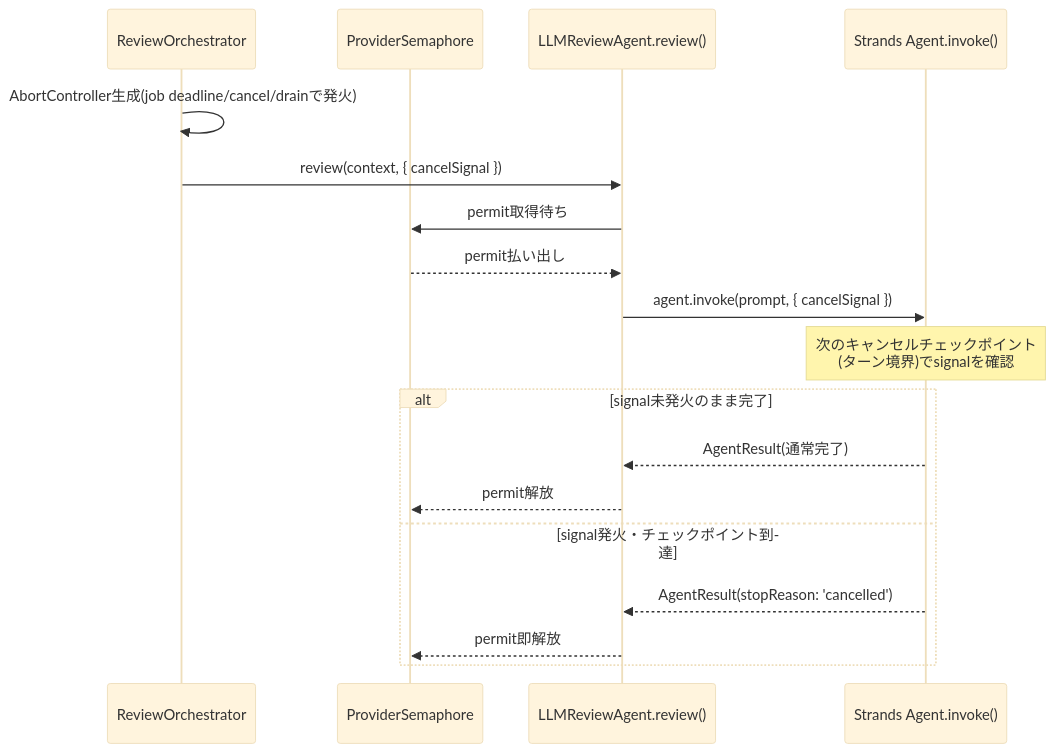
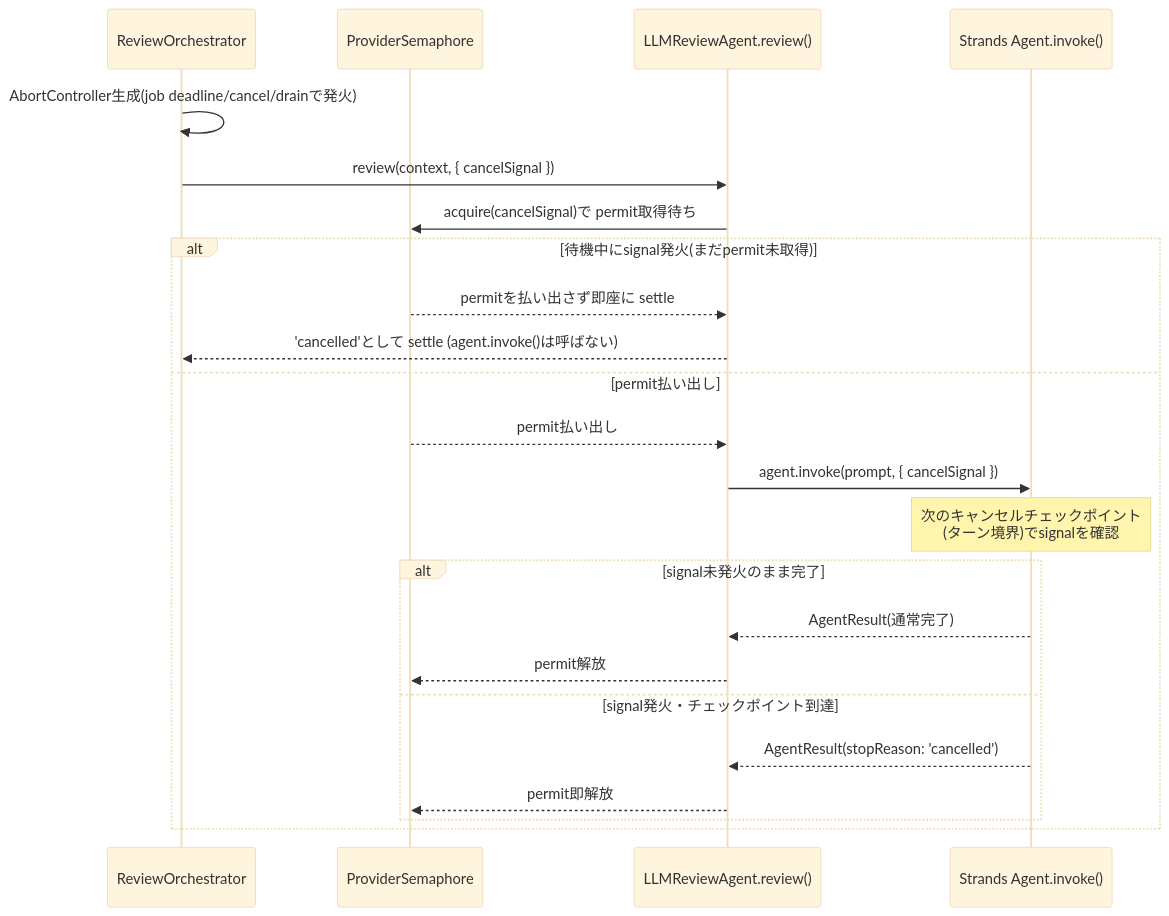
One commit to kuju63/code-review-agents changed the second of 3 diagrams in docs/adr/0010-localllm-concurrency-limit-and-cancellation.md. Above: the diagram before and after it, drawn with Mermaid (base theme). The commit also changed other lines of this file, not shown here.

````diff
--- a/docs/adr/0010-localllm-concurrency-limit-and-cancellation.md
+++ b/docs/adr/0010-localllm-concurrency-limit-and-cancellation.md
@@ -189,21 +191,26 @@
 ```mermaid
 sequenceDiagram
     participant RO as ReviewOrchestrator
     participant Sem as ProviderSemaphore
     participant Agent as LLMReviewAgent.review()
     participant SDK as Strands Agent.invoke()
 
     RO->>RO: AbortController生成(job deadline/cancel/drainで発火)
     RO->>Agent: review(context, { cancelSignal })
-    Agent->>Sem: permit取得待ち
-    Sem-->>Agent: permit払い出し
-    Agent->>SDK: agent.invoke(prompt, { cancelSignal })
-    Note over SDK: 次のキャンセルチェックポイント<br/>(ターン境界)でsignalを確認
-    alt signal未発火のまま完了
-        SDK-->>Agent: AgentResult(通常完了)
-        Agent-->>Sem: permit解放
-    else signal発火・チェックポイント到達
-        SDK-->>Agent: AgentResult(stopReason: 'cancelled')
-        Agent-->>Sem: permit即解放
+    Agent->>Sem: acquire(cancelSignal)で permit取得待ち
+    alt 待機中にsignal発火(まだpermit未取得)
+        Sem-->>Agent: permitを払い出さず即座に settle
+        Agent-->>RO: 'cancelled'として settle (agent.invoke()は呼ばない)
+    else permit払い出し
+        Sem-->>Agent: permit払い出し
+        Agent->>SDK: agent.invoke(prompt, { cancelSignal })
+        Note over SDK: 次のキャンセルチェックポイント<br/>(ターン境界)でsignalを確認
+        alt signal未発火のまま完了
+            SDK-->>Agent: AgentResult(通常完了)
+            Agent-->>Sem: permit解放
+        else signal発火・チェックポイント到達
+            SDK-->>Agent: AgentResult(stopReason: 'cancelled')
+            Agent-->>Sem: permit即解放
+        end
     end
 ```
````
